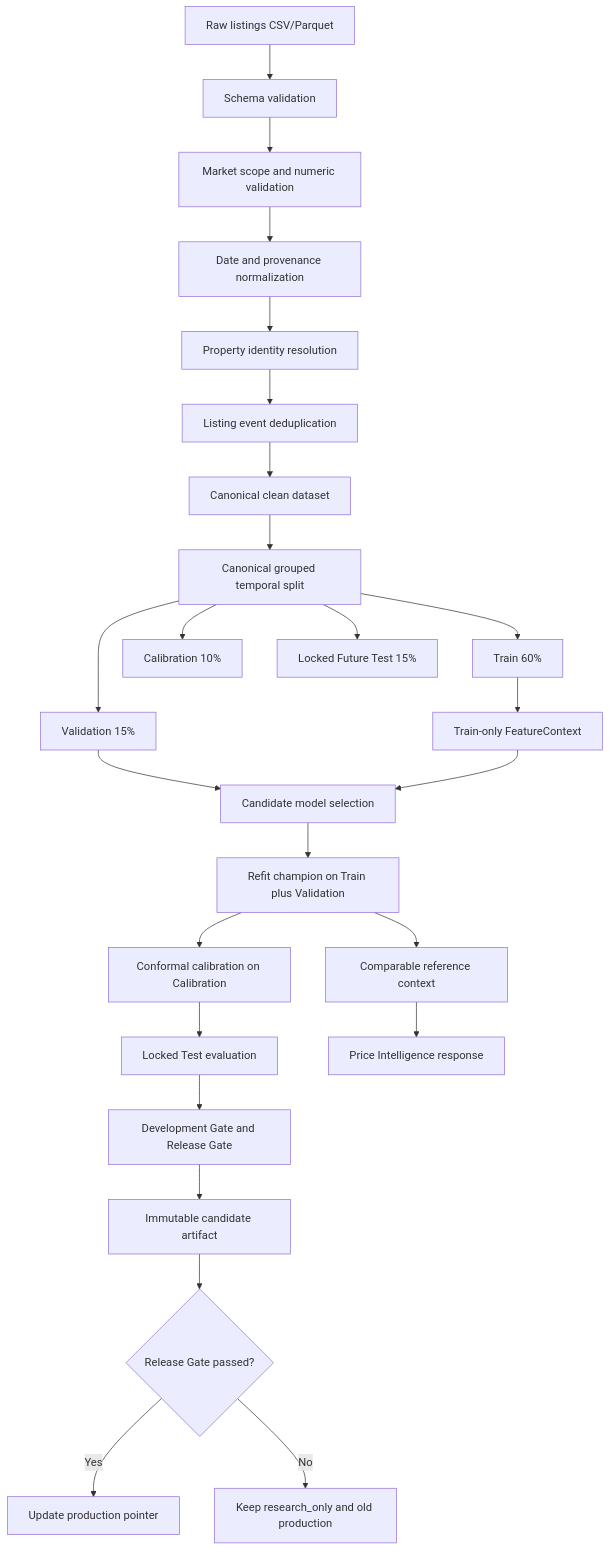
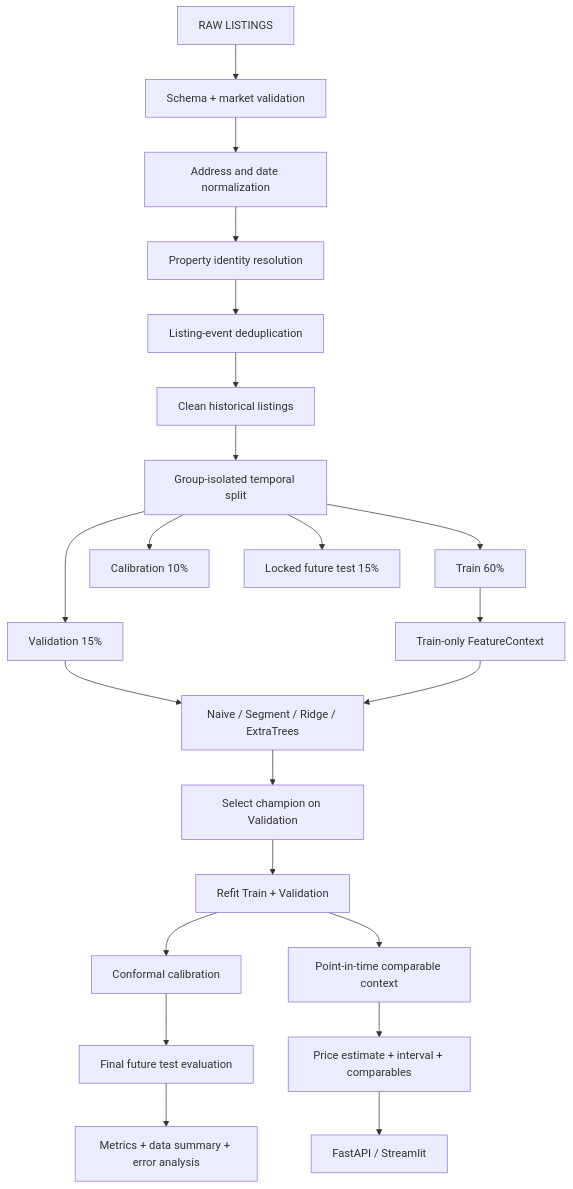
The first of 2 diagrams in README.md (haminhthong/HCMC-Real-Estate-Price-Intelligence), drawn with Mermaid before and after one commit. The commit also changed other lines of this file and 99 other files, not shown here.

````diff
--- a/README.md
+++ b/README.md
@@ -56,27 +55,24 @@
 ```mermaid
 flowchart TD
-    A[Raw listings CSV/Parquet] --> B[Schema validation]
-    B --> C[Market scope and numeric validation]
-    C --> D[Date and provenance normalization]
-    D --> E[Property identity resolution]
-    E --> F[Listing event deduplication]
-    F --> G[Canonical clean dataset]
-    G --> H[Canonical grouped temporal split]
-    H --> H1[Train 60%]
-    H --> H2[Validation 15%]
-    H --> H3[Calibration 10%]
-    H --> H4[Locked Future Test 15%]
-    H1 --> I[Train-only FeatureContext]
-    H2 --> J[Candidate model selection]
-    I --> J
-    J --> K[Refit champion on Train plus Validation]
-    K --> L[Conformal calibration on Calibration]
-    L --> M[Locked Test evaluation]
-    K --> N[Comparable reference context]
-    N --> O[Price Intelligence response]
-    M --> P[Development Gate and Release Gate]
-    P --> Q[Immutable candidate artifact]
-    Q --> R{Release Gate passed?}
-    R -->|Yes| S[Update production pointer]
-    R -->|No| T[Keep research_only and old production]
+    A[RAW LISTINGS] --> B[Schema + market validation]
+    B --> C[Address and date normalization]
+    C --> D[Property identity resolution]
+    D --> E[Listing-event deduplication]
+    E --> F[Clean historical listings]
+    F --> G[Group-isolated temporal split]
+    G --> G1[Train 60%]
+    G --> G2[Validation 15%]
+    G --> G3[Calibration 10%]
+    G --> G4[Locked future test 15%]
+    G1 --> H[Train-only FeatureContext]
+    G2 --> I[Naive / Segment / Ridge / ExtraTrees]
+    H --> I
+    I --> J[Select champion on Validation]
+    J --> K[Refit Train + Validation]
+    K --> L[Conformal calibration]
+    L --> M[Final future test evaluation]
+    K --> N[Point-in-time comparable context]
+    M --> O[Metrics + data summary + error analysis]
+    N --> P[Price estimate + interval + comparables]
+    P --> Q[FastAPI / Streamlit]
 ```
````
